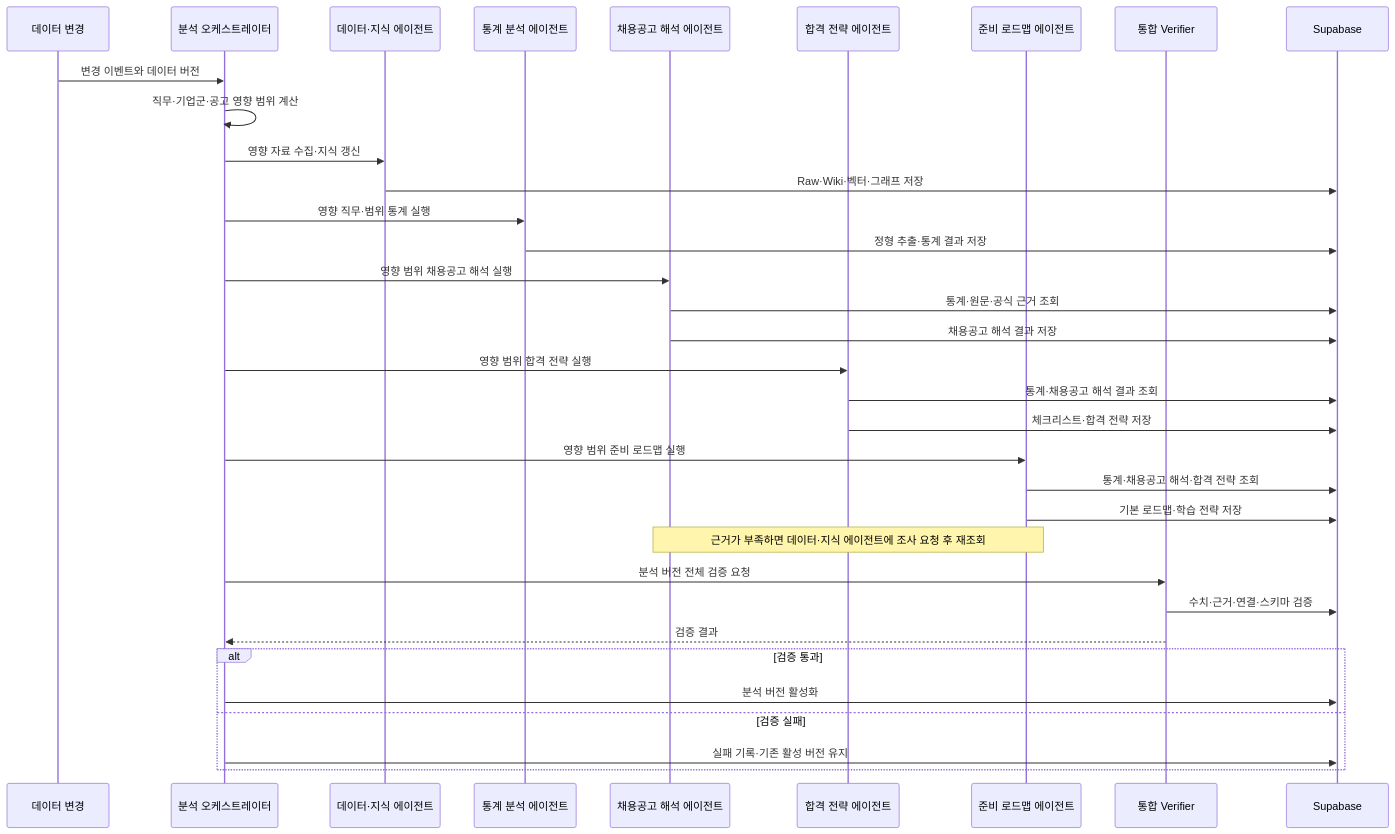
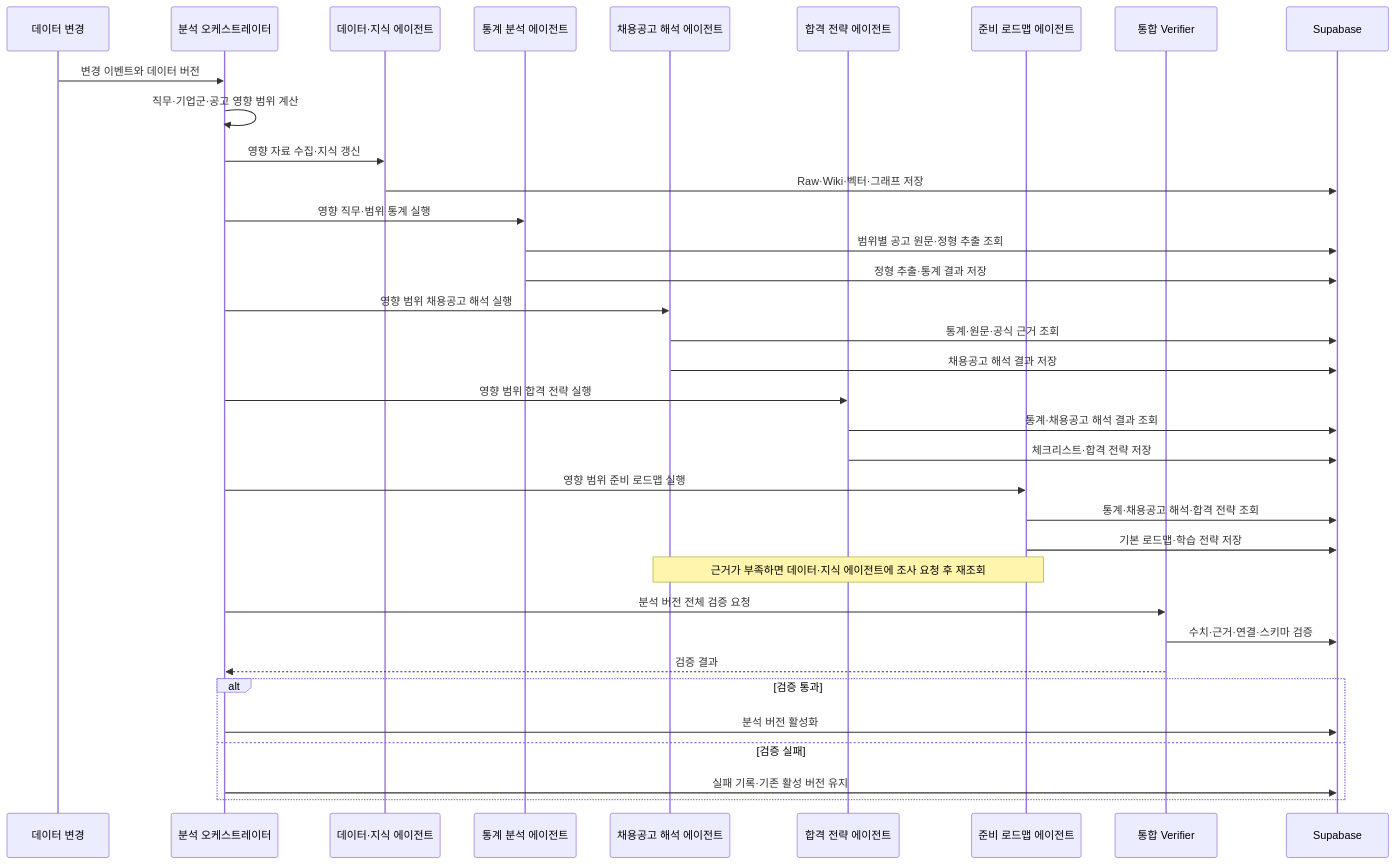
Before and after one commit to Mureung1/hub-showcase: the second of 5 diagrams in docs/architecture.md, drawn with Mermaid. The commit also changed other lines of this file and 7 other files, not shown here.

Commit message:
docs: refresh design docs, diagrams, and sync references

````diff
--- a/docs/architecture.md
+++ b/docs/architecture.md
@@ -106,37 +133,38 @@
 ```mermaid
 sequenceDiagram
     participant Source as 데이터 변경
     participant Orchestrator as 분석 오케스트레이터
     participant Knowledge as 데이터·지식 에이전트
     participant Statistics as 통계 분석 에이전트
     participant Interpretation as 채용공고 해석 에이전트
     participant Strategy as 합격 전략 에이전트
     participant Roadmap as 준비 로드맵 에이전트
     participant Verifier as 통합 Verifier
     participant DB as Supabase
 
     Source->>Orchestrator: 변경 이벤트와 데이터 버전
     Orchestrator->>Orchestrator: 직무·기업군·공고 영향 범위 계산
     Orchestrator->>Knowledge: 영향 자료 수집·지식 갱신
     Knowledge->>DB: Raw·Wiki·벡터·그래프 저장
     Orchestrator->>Statistics: 영향 직무·범위 통계 실행
+    Statistics->>DB: 범위별 공고 원문·정형 추출 조회
     Statistics->>DB: 정형 추출·통계 결과 저장
     Orchestrator->>Interpretation: 영향 범위 채용공고 해석 실행
     Interpretation->>DB: 통계·원문·공식 근거 조회
     Interpretation->>DB: 채용공고 해석 결과 저장
     Orchestrator->>Strategy: 영향 범위 합격 전략 실행
     Strategy->>DB: 통계·채용공고 해석 결과 조회
     Strategy->>DB: 체크리스트·합격 전략 저장
     Orchestrator->>Roadmap: 영향 범위 준비 로드맵 실행
     Roadmap->>DB: 통계·채용공고 해석·합격 전략 조회
     Roadmap->>DB: 기본 로드맵·학습 전략 저장
     Note over Interpretation,Roadmap: 근거가 부족하면 데이터·지식 에이전트에 조사 요청 후 재조회
     Orchestrator->>Verifier: 분석 버전 전체 검증 요청
     Verifier->>DB: 수치·근거·연결·스키마 검증
     Verifier-->>Orchestrator: 검증 결과
     alt 검증 통과
         Orchestrator->>DB: 분석 버전 활성화
     else 검증 실패
         Orchestrator->>DB: 실패 기록·기존 활성 버전 유지
     end
 ```
````
